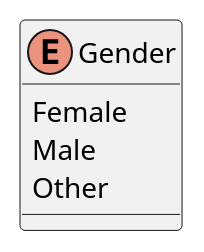
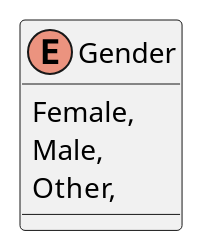
One commit to ISII2627Erasmus/Barca changed the diagram in src/AppForSEII.API/ClassDiagram/Gender.puml. Above: the diagram before and after it, drawn with PlantUML. The commit also changed 20 other files, not shown here.

```diff
--- a/src/AppForSEII.API/ClassDiagram/Gender.puml
+++ b/src/AppForSEII.API/ClassDiagram/Gender.puml
@@ -1,7 +1,7 @@
 @startuml
 enum Gender {
-    Female
-    Male
-    Other
+    Female,
+    Male,
+    Other,
 }
 @enduml
```
